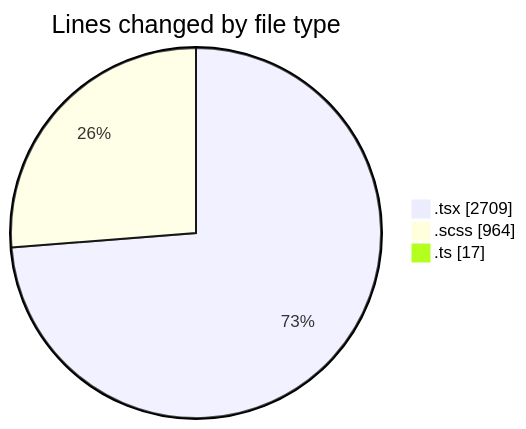
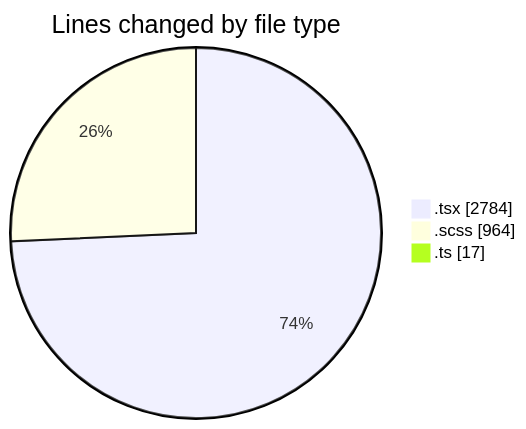
One commit to momahboobian/code-tracking changed the first of 2 diagrams in 2025-09-19/cda/README.md. Above: the diagram before and after it, drawn with Mermaid. The commit also changed other lines of this file and 1 other file, not shown here.

````diff
--- a/2025-09-19/cda/README.md
+++ b/2025-09-19/cda/README.md
@@ -26,7 +26,7 @@
 ```mermaid
 pie showData
 title Lines changed by file type
-".tsx" : 2709
+".tsx" : 2784
 ".scss" : 964
 ".ts" : 17
 ```
````
